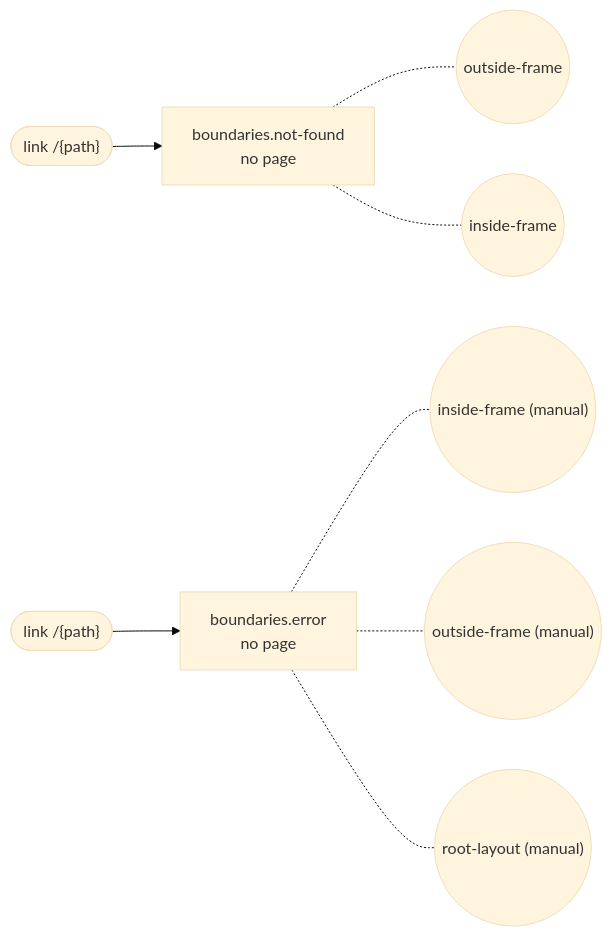
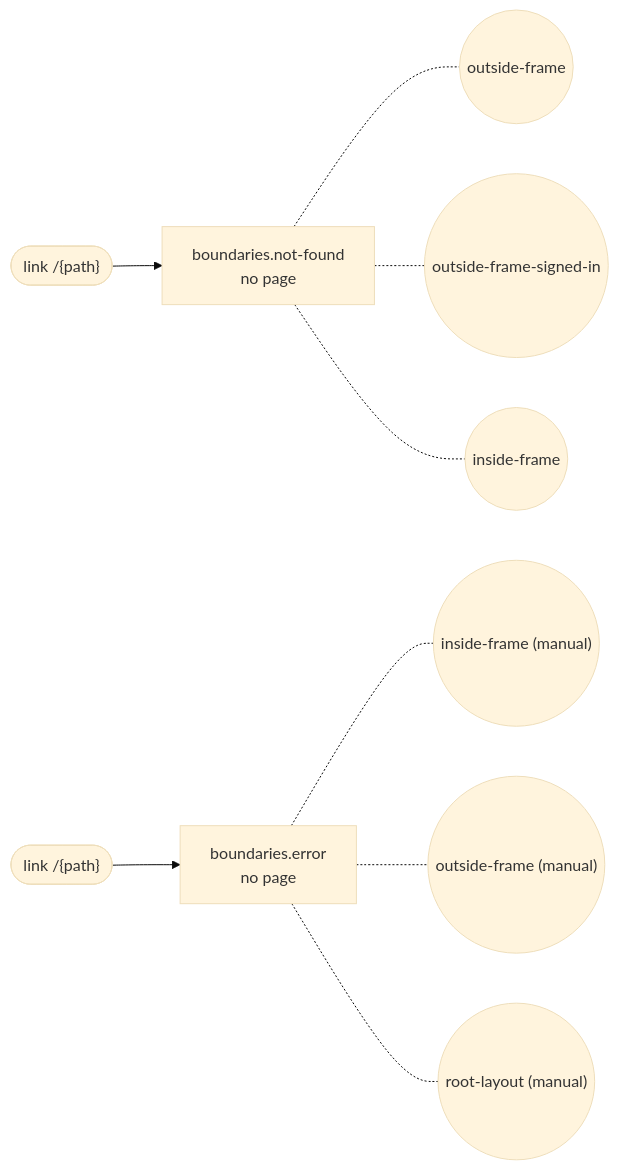
Before and after one commit to SebastianGarces/everyfield: the diagram in docs/feature-maps/boundaries.md, drawn with Mermaid (base theme). The commit also changed other lines of this file and 3 other files, not shown here.

````diff
--- a/docs/feature-maps/boundaries.md
+++ b/docs/feature-maps/boundaries.md
@@ -6,14 +6,15 @@
 ```mermaid
 flowchart LR
   s0_link0(["link /{path}"])
   s1_link0(["link /{path}"])
   s0["boundaries.not-found<br/>no page"]
   s0_link0 --> s0
   s0 -.- s0_st0(("outside-frame"))
-  s0 -.- s0_st1(("inside-frame"))
+  s0 -.- s0_st1(("outside-frame-signed-in"))
+  s0 -.- s0_st2(("inside-frame"))
   s1["boundaries.error<br/>no page"]
   s1_link0 --> s1
   s1 -.- s1_st0(("inside-frame (manual)"))
   s1 -.- s1_st1(("outside-frame (manual)"))
   s1 -.- s1_st2(("root-layout (manual)"))
 ```
````
